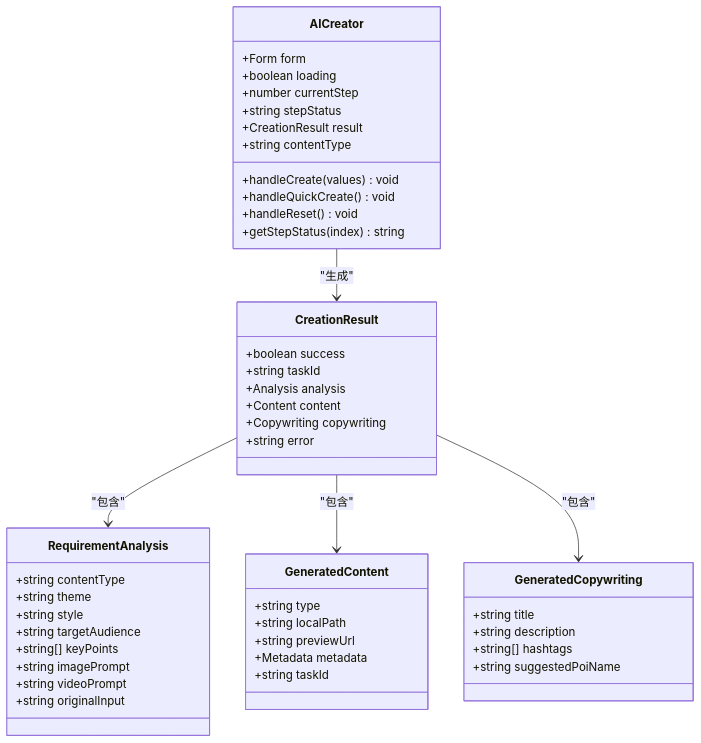
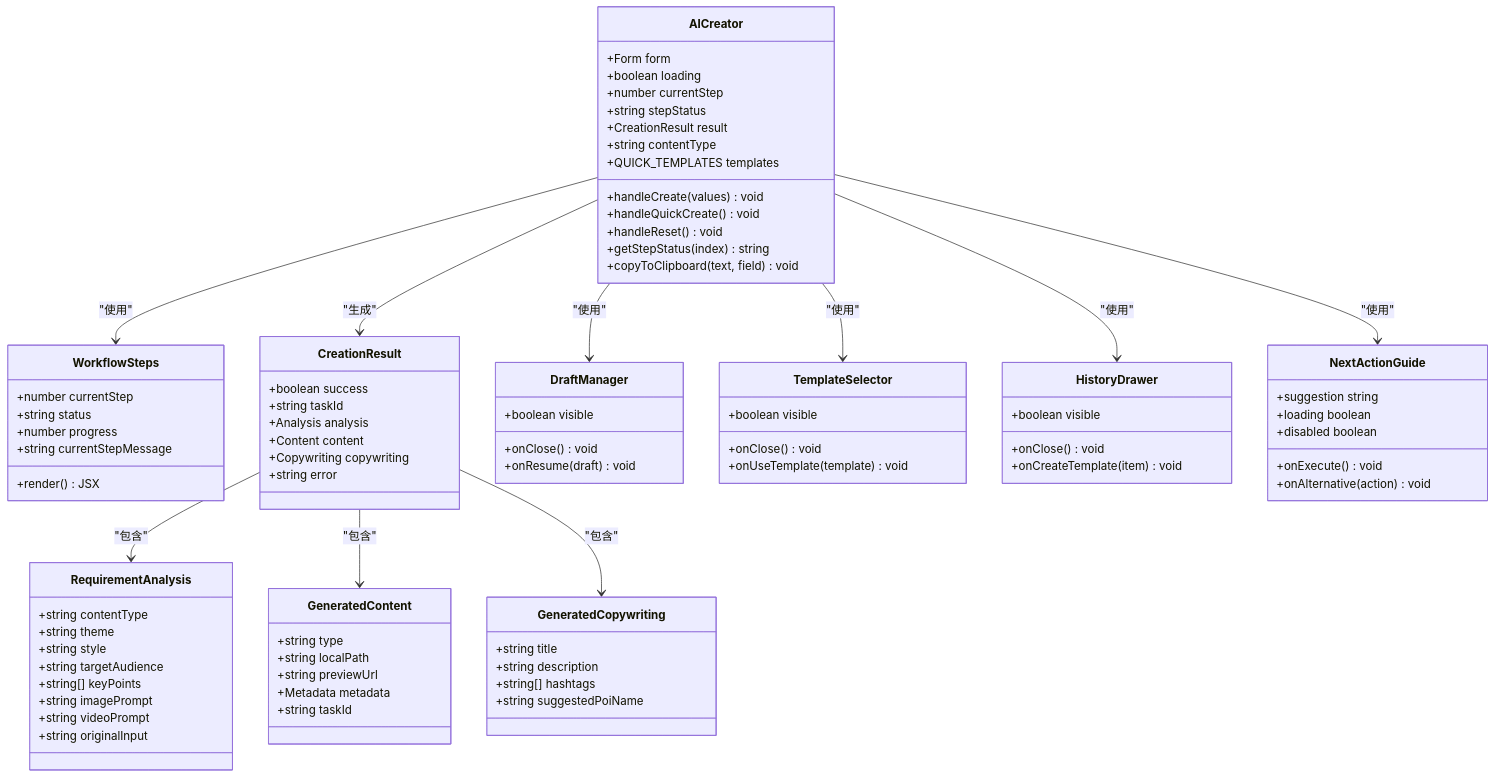
Before and after one commit to songdiyang/clawOperations: the third of 17 diagrams in .qoder/repowiki/zh/content/核心模块详解/Web界面系统/AI创作页面.md, drawn with Mermaid. The commit also changed other lines of this file and 52 other files, not shown here.

```diff
--- a/.qoder/repowiki/zh/content/核心模块详解/Web界面系统/AI创作页面.md
+++ b/.qoder/repowiki/zh/content/核心模块详解/Web界面系统/AI创作页面.md
@@ -126,10 +146,19 @@
 +string stepStatus
 +CreationResult result
 +string contentType
++QUICK_TEMPLATES templates
 +handleCreate(values) void
 +handleQuickCreate() void
 +handleReset() void
 +getStepStatus(index) string
++copyToClipboard(text, field) void
+}
+class WorkflowSteps {
++number currentStep
++string status
++number progress
++string currentStepMessage
++render() JSX
 }
 class CreationResult {
 +boolean success
@@ -162,6 +191,33 @@
 +string[] hashtags
 +string suggestedPoiName
 }
+class DraftManager {
++boolean visible
++onClose() void
++onResume(draft) void
+}
+class TemplateSelector {
++boolean visible
++onClose() void
++onUseTemplate(template) void
+}
+class HistoryDrawer {
++boolean visible
++onClose() void
++onCreateTemplate(item) void
+}
+class NextActionGuide {
++suggestion string
++onExecute() void
++onAlternative(action) void
++loading boolean
++disabled boolean
+}
+AICreator --> WorkflowSteps : "使用"
+AICreator --> DraftManager : "使用"
+AICreator --> TemplateSelector : "使用"
+AICreator --> HistoryDrawer : "使用"
+AICreator --> NextActionGuide : "使用"
 AICreator --> CreationResult : "生成"
 CreationResult --> RequirementAnalysis : "包含"
 CreationResult --> GeneratedContent : "包含"
```
